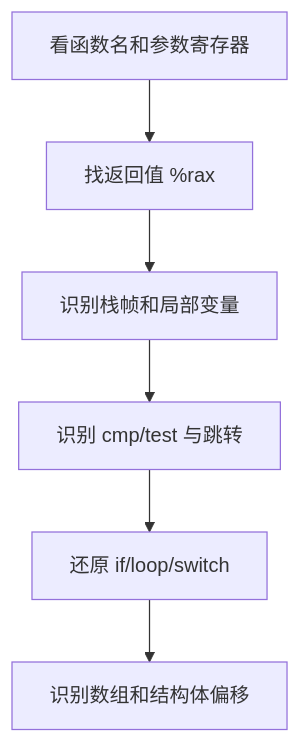
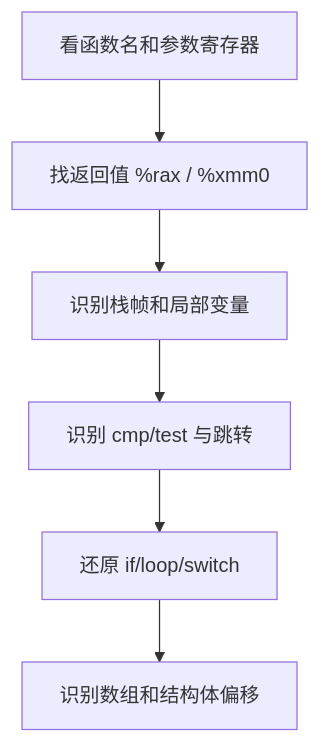
The eighth of 10 diagrams in src/content/learn/01-computer-science/03-csapp/notes/03-note3.md (hYdr0xY-Zeng/hydroxy_blog), drawn with Mermaid before and after one commit. The commit also changed other lines of this file and 4 other files, not shown here.

Commit message:
beta_0.46 修复Mermaid渲染

````diff
--- a/src/content/learn/01-computer-science/03-csapp/notes/03-note3.md
+++ b/src/content/learn/01-computer-science/03-csapp/notes/03-note3.md
@@ -403,8 +542,8 @@
 ```mermaid
 flowchart TD
-    A["看函数名和参数寄存器"] --> B["找返回值 %rax"]
+    A["看函数名和参数寄存器"] --> B["找返回值 %rax / %xmm0"]
     B --> C["识别栈帧和局部变量"]
     C --> D["识别 cmp/test 与跳转"]
     D --> E["还原 if/loop/switch"]
     E --> F["识别数组和结构体偏移"]
 ```
````
